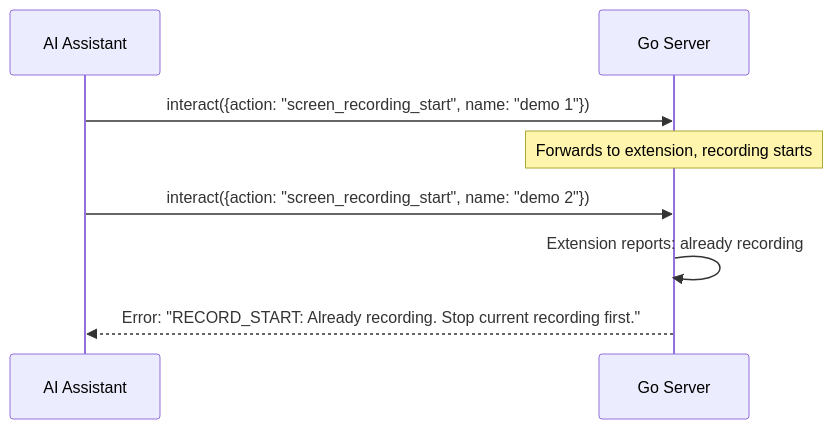
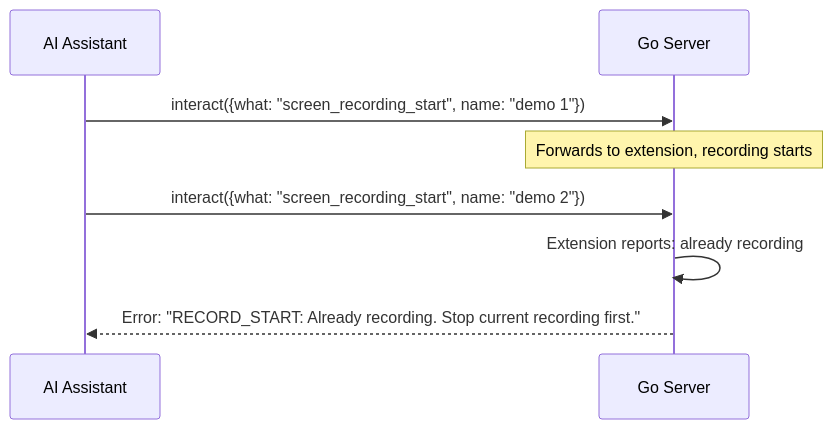
Before and after one commit to brennhill/Kaboom-Browser-AI-Devtools-MCP: the seventh of 10 diagrams in docs/features/feature/tab-recording/tech-spec.md, drawn with Mermaid. The commit also changed other lines of this file and 243 other files, not shown here.

````diff
--- a/docs/features/feature/tab-recording/tech-spec.md
+++ b/docs/features/feature/tab-recording/tech-spec.md
@@ -537,11 +537,11 @@
 ```mermaid
 sequenceDiagram
     participant AI as AI Assistant
     participant Server as Go Server
 
-    AI->>Server: interact({action: "screen_recording_start", name: "demo 1"})
+    AI->>Server: interact({what: "screen_recording_start", name: "demo 1"})
     Note over Server: Forwards to extension, recording starts
-    AI->>Server: interact({action: "screen_recording_start", name: "demo 2"})
+    AI->>Server: interact({what: "screen_recording_start", name: "demo 2"})
     Server->>Server: Extension reports: already recording
     Server-->>AI: Error: "RECORD_START: Already recording. Stop current recording first."
 ```
````
